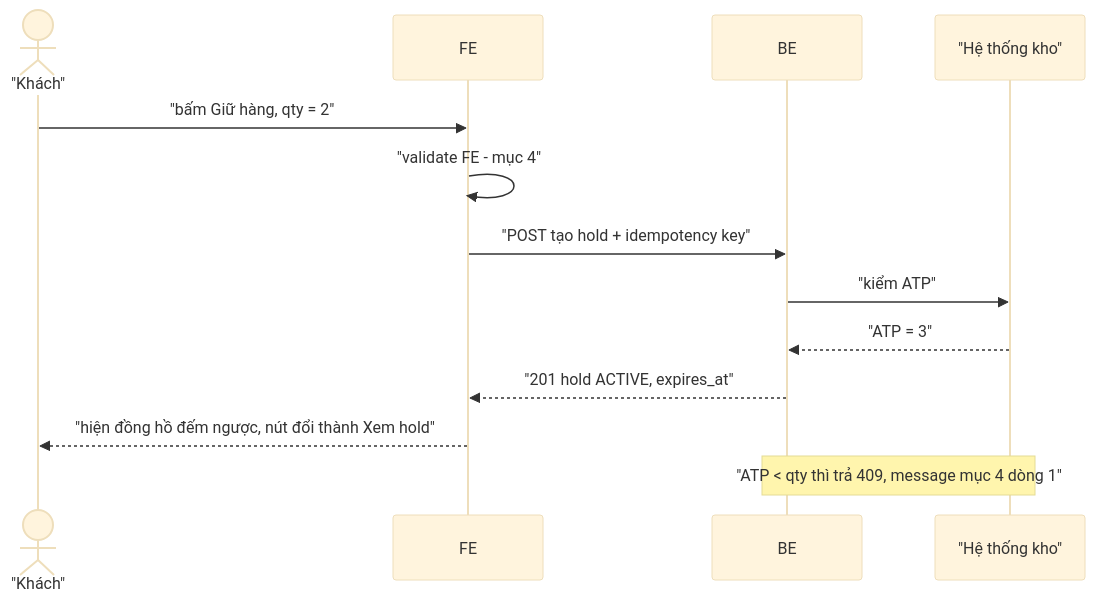
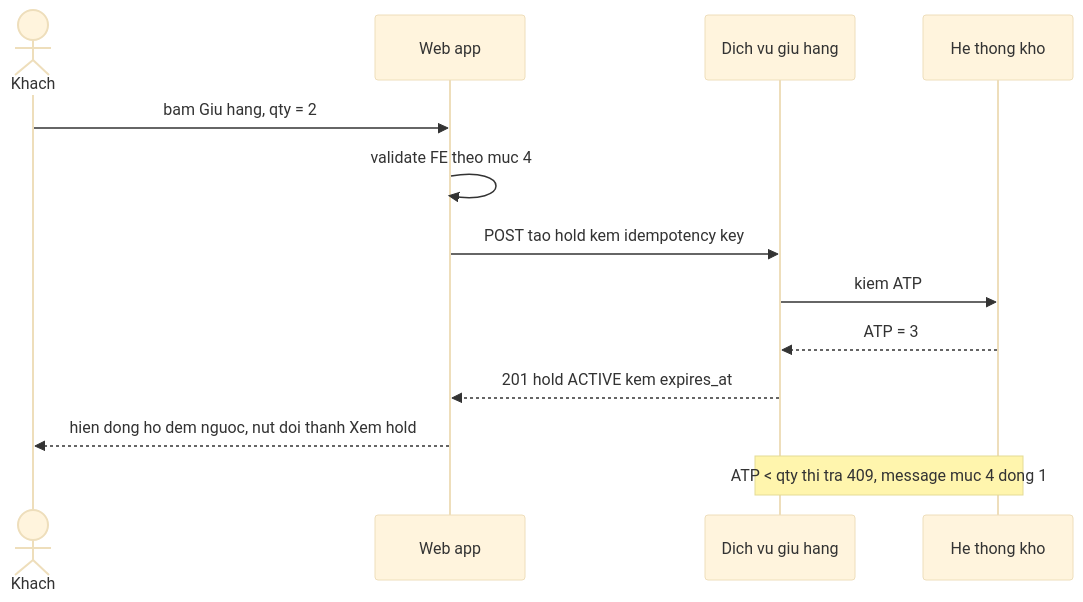
One commit to quankaka11/spec-skills changed the third of 6 diagrams in knowledge/33-cau-truc-spec-btc.md. Above: the diagram before and after it, drawn with Mermaid (base theme). The commit also changed other lines of this file and 12 other files, not shown here.

````diff
--- a/knowledge/33-cau-truc-spec-btc.md
+++ b/knowledge/33-cau-truc-spec-btc.md
@@ -146,15 +191,15 @@
 ```mermaid
 sequenceDiagram
-  actor K as "Khách"
-  participant FE
-  participant BE
-  participant ERP as "Hệ thống kho"
-  K->>FE: "bấm Giữ hàng, qty = 2"
-  FE->>FE: "validate FE - mục 4"
-  FE->>BE: "POST tạo hold + idempotency key"
-  BE->>ERP: "kiểm ATP"
-  ERP-->>BE: "ATP = 3"
-  BE-->>FE: "201 hold ACTIVE, expires_at"
-  FE-->>K: "hiện đồng hồ đếm ngược, nút đổi thành Xem hold"
-  Note over BE,ERP: "ATP < qty thì trả 409, message mục 4 dòng 1"
+  actor K as Khach
+  participant FE as Web app
+  participant BE as Dich vu giu hang
+  participant ERP as He thong kho
+  K->>FE: bam Giu hang, qty = 2
+  FE->>FE: validate FE theo muc 4
+  FE->>BE: POST tao hold kem idempotency key
+  BE->>ERP: kiem ATP
+  ERP-->>BE: ATP = 3
+  BE-->>FE: 201 hold ACTIVE kem expires_at
+  FE-->>K: hien dong ho dem nguoc, nut doi thanh Xem hold
+  Note over BE,ERP: ATP < qty thi tra 409, message muc 4 dong 1
 ```
````
